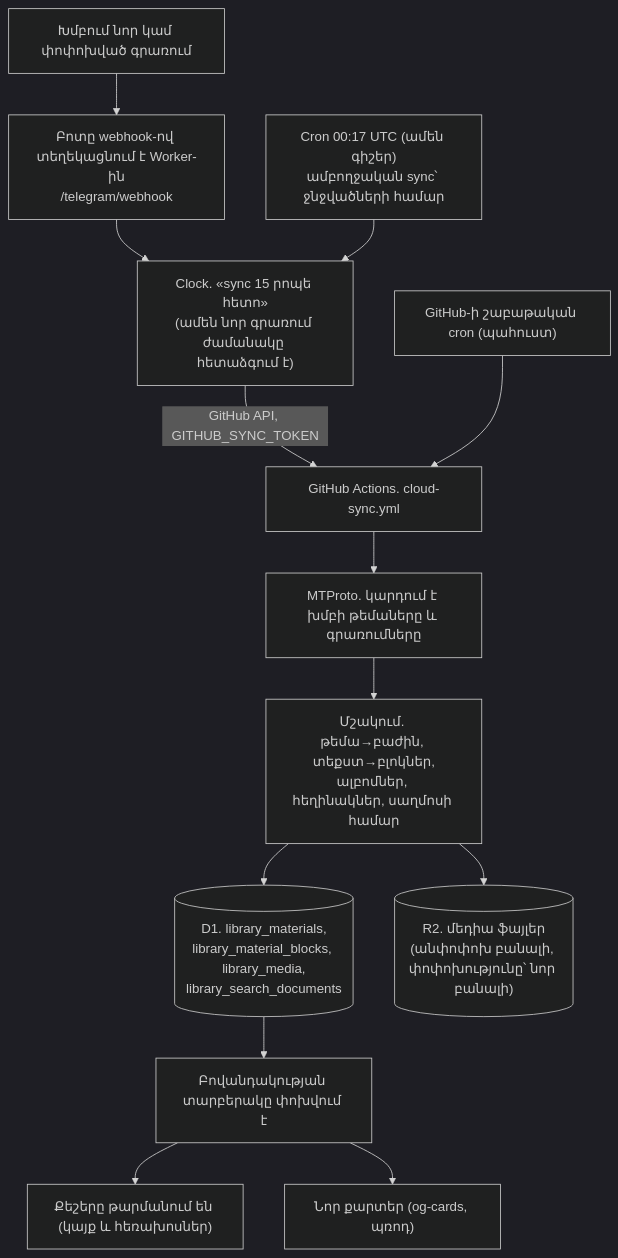
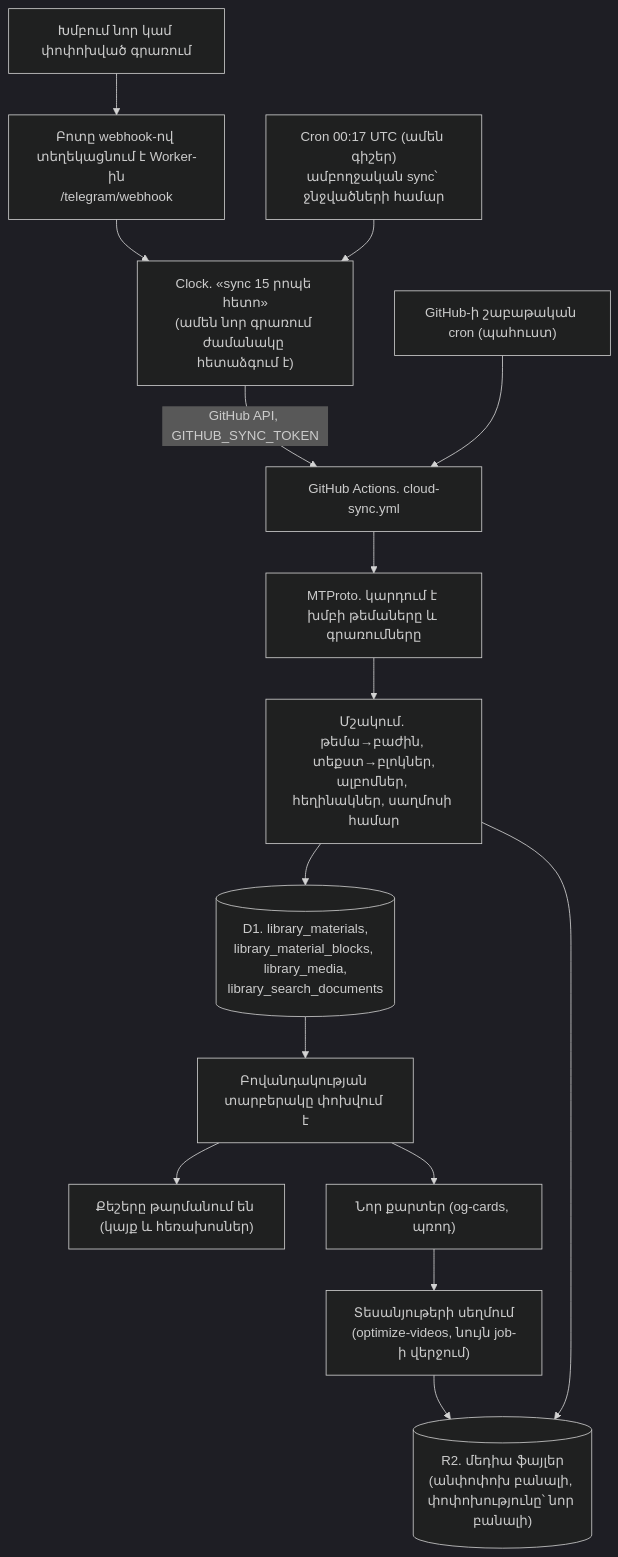
The fourth of 24 diagrams in docs/ARCHITECTURE.md (T0n0yan/armenian-apostolic-digital-library), drawn with Mermaid (dark theme) before and after one commit. The commit also changed other lines of this file and 9 other files, not shown here.

First line of the commit message:
Տեսանյութերի ավտոմատ սեղմում (MP4/H.264, բոլոր սարքերի համար)

````diff
--- a/docs/ARCHITECTURE.md
+++ b/docs/ARCHITECTURE.md
@@ -174,15 +174,17 @@
 ```mermaid
 flowchart TD
   P["Խմբում նոր կամ փոփոխված գրառում"] --> WH["Բոտը webhook-ով տեղեկացնում է Worker-ին<br/>/telegram/webhook"]
   WH --> CLK["Clock. «sync 15 րոպե հետո»<br/>(ամեն նոր գրառում ժամանակը հետաձգում է)"]
   NIGHT["Cron 00:17 UTC (ամեն գիշեր)<br/>ամբողջական sync՝ ջնջվածների համար"] --> CLK
   CLK -->|"GitHub API, GITHUB_SYNC_TOKEN"| GA["GitHub Actions. cloud-sync.yml"]
   WEEK["GitHub-ի շաբաթական cron (պահուստ)"] --> GA
   GA --> MT["MTProto. կարդում է խմբի թեմաները և գրառումները"]
   MT --> NORM["Մշակում. թեմա→բաժին, տեքստ→բլոկներ,<br/>ալբոմներ, հեղինակներ, սաղմոսի համար"]
   NORM --> D1W[("D1. library_materials,<br/>library_material_blocks, library_media,<br/>library_search_documents")]
   NORM --> R2W[("R2. մեդիա ֆայլեր<br/>(անփոփոխ բանալի, փոփոխությունը՝ նոր բանալի)")]
   D1W --> VER["Բովանդակության տարբերակը փոխվում է"]
   VER --> CC["Քեշերը թարմանում են (կայք և հեռախոսներ)"]
   VER --> OG["Նոր քարտեր (og-cards, պռոդ)"]
+  OG --> VID["Տեսանյութերի սեղմում<br/>(optimize-videos, նույն job-ի վերջում)"]
+  VID --> R2W
 ```
````
